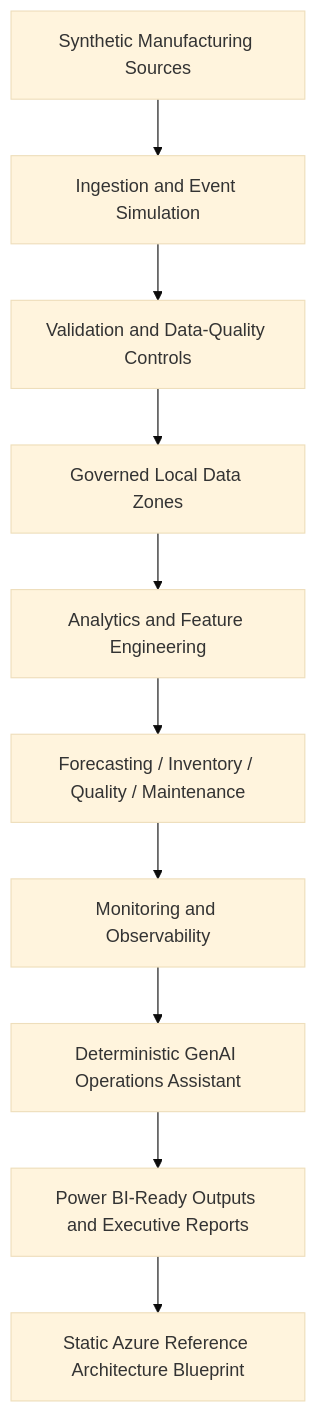
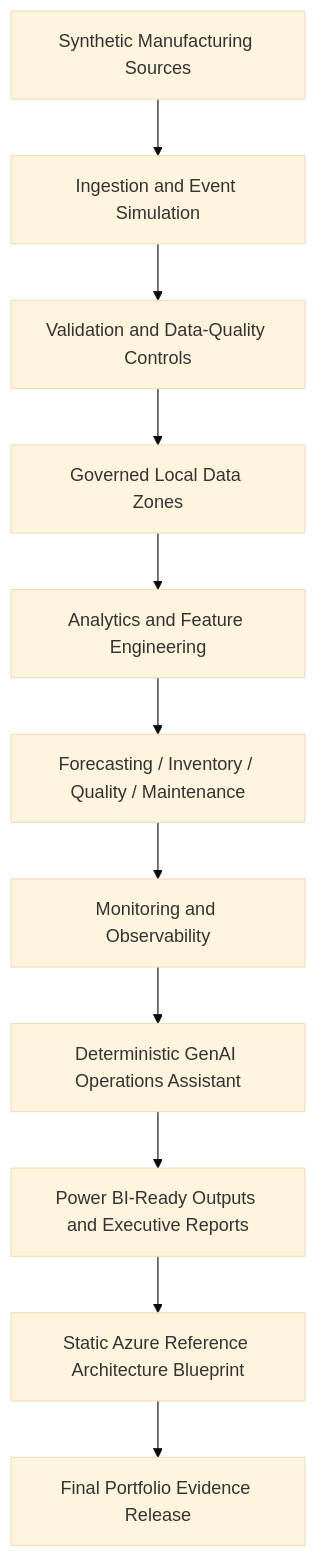
The diagram in README.md (Ibraheemolasupogit/azure-manufacturing-intelligence-platform), drawn with Mermaid (base theme) before and after one commit. The commit also changed other lines of this file and 56 other files, not shown here.

Commit message:
Finalize portfolio release evidence

````diff
--- a/README.md
+++ b/README.md
@@ -57,12 +58,13 @@
 ```mermaid
 flowchart TD
     sources["Synthetic Manufacturing Sources"] --> ingestion["Ingestion and Event Simulation"]
     ingestion --> validation["Validation and Data-Quality Controls"]
     validation --> zones["Governed Local Data Zones"]
     zones --> analytics["Analytics and Feature Engineering"]
     analytics --> intelligence["Forecasting / Inventory / Quality / Maintenance"]
     intelligence --> monitoring["Monitoring and Observability"]
     monitoring --> genai["Deterministic GenAI Operations Assistant"]
     genai --> outputs["Power BI-Ready Outputs and Executive Reports"]
     outputs --> architecture["Static Azure Reference Architecture Blueprint"]
+    architecture --> release["Final Portfolio Evidence Release"]
 ```
````
